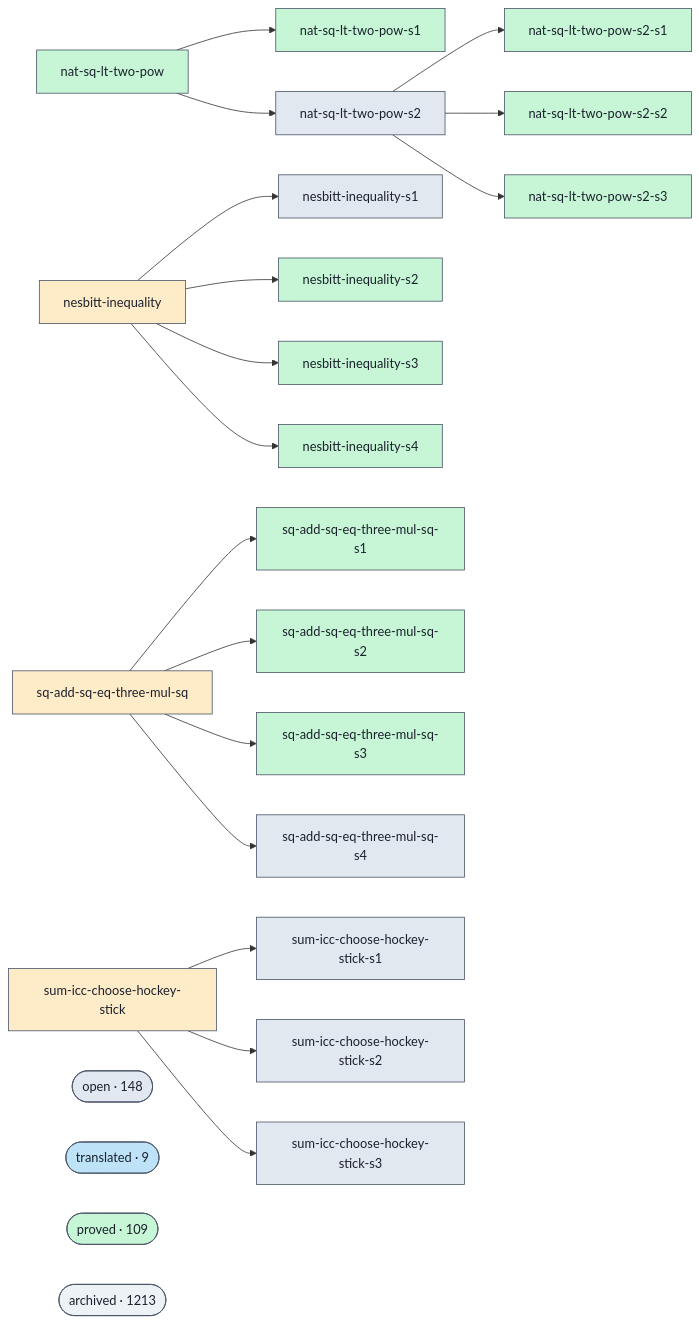
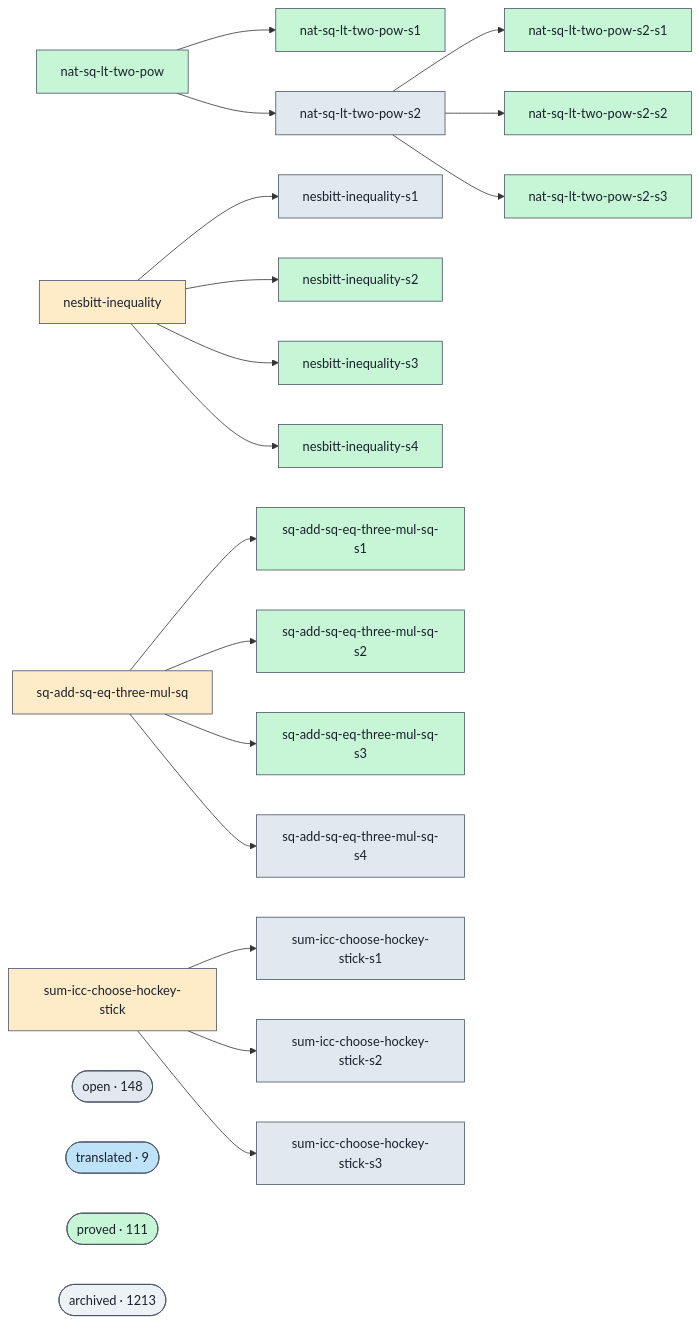
One commit to ohdearquant/unsorry changed the diagram in docs/proofs-contributors-visualisation.md. Above: the diagram before and after it, drawn with Mermaid. The commit also changed other lines of this file and 2 other files, not shown here.

```diff
--- a/docs/proofs-contributors-visualisation.md
+++ b/docs/proofs-contributors-visualisation.md
@@ -102,7 +102,7 @@
   class cluster_open open;
   cluster_translated(["translated · 9"])
   class cluster_translated translated;
-  cluster_proved(["proved · 109"])
+  cluster_proved(["proved · 111"])
   class cluster_proved proved;
   cluster_archived(["archived · 1213"])
   class cluster_archived unknown;
```
